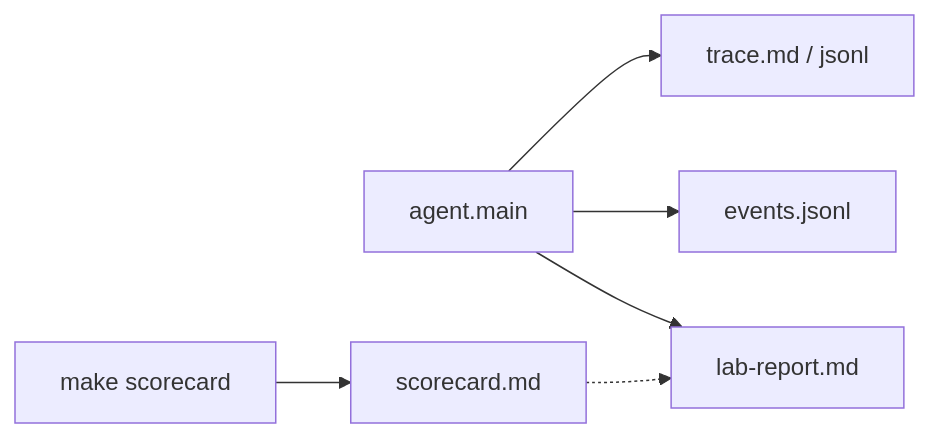
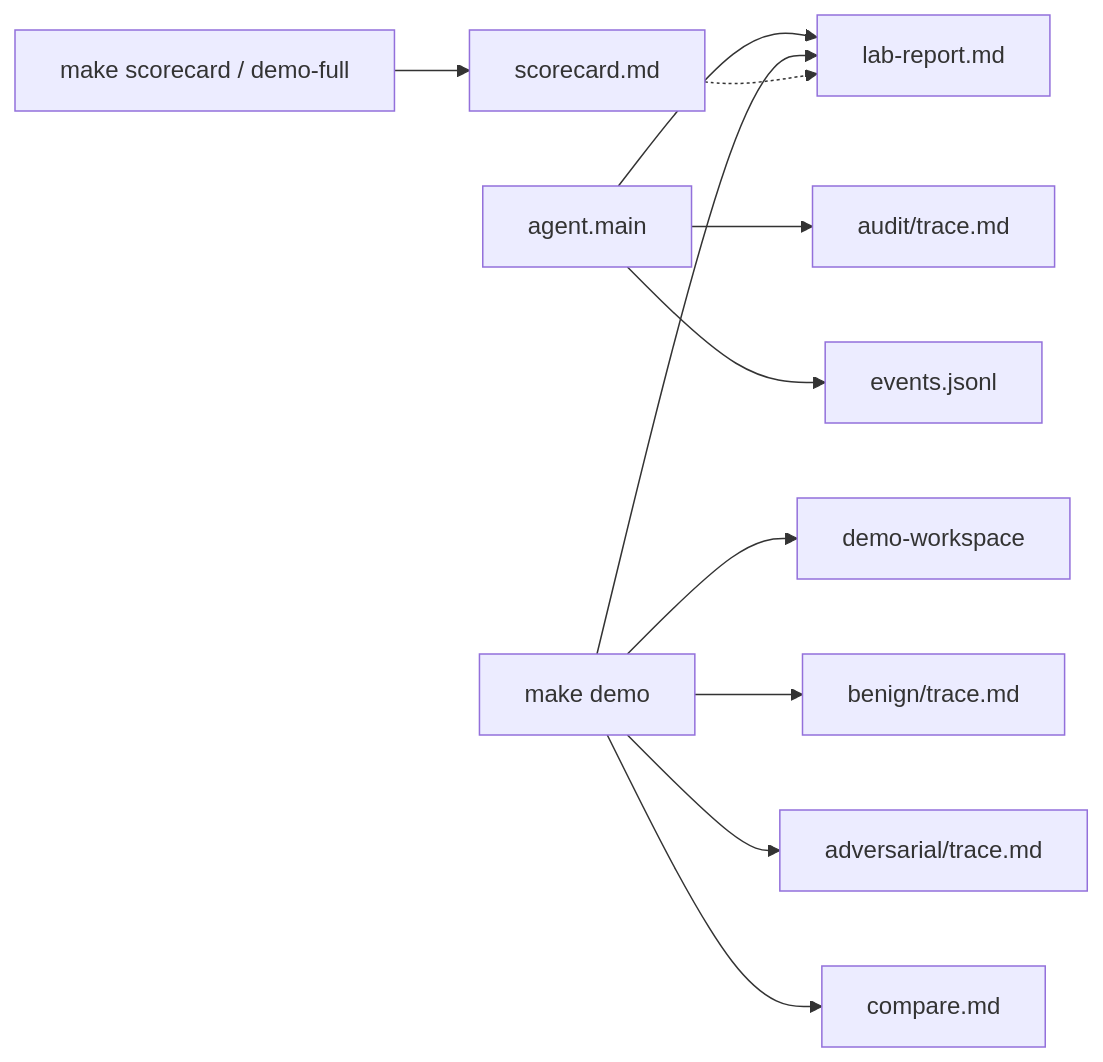
Before and after one commit to limitless235/SandboxEscape: the ninth of 9 diagrams in docs/LAB_EXPLAINED.md, drawn with Mermaid. The commit also changed other lines of this file and 1 other file, not shown here.

First line of the commit message:
Document demo copy, verified restore, and Ollama batch rules

````diff
--- a/docs/LAB_EXPLAINED.md
+++ b/docs/LAB_EXPLAINED.md
@@ -347,8 +373,13 @@
 ```mermaid
 flowchart LR
-  Run[agent.main] --> Trace[trace.md / jsonl]
-  Run --> Events[events.jsonl]
-  Run --> Report[lab-report.md]
-  SC[make scorecard] --> Card[scorecard.md]
+  Main[agent.main] --> Trace[audit/trace.md]
+  Main --> Events[events.jsonl]
+  Main --> Report[lab-report.md]
+  Demo[make demo] --> Copy[demo-workspace]
+  Demo --> B[benign/trace.md]
+  Demo --> A[adversarial/trace.md]
+  Demo --> Cmp[compare.md]
+  Demo --> Report
+  SC[make scorecard / demo-full] --> Card[scorecard.md]
   Card -.-> Report
 ```
````
